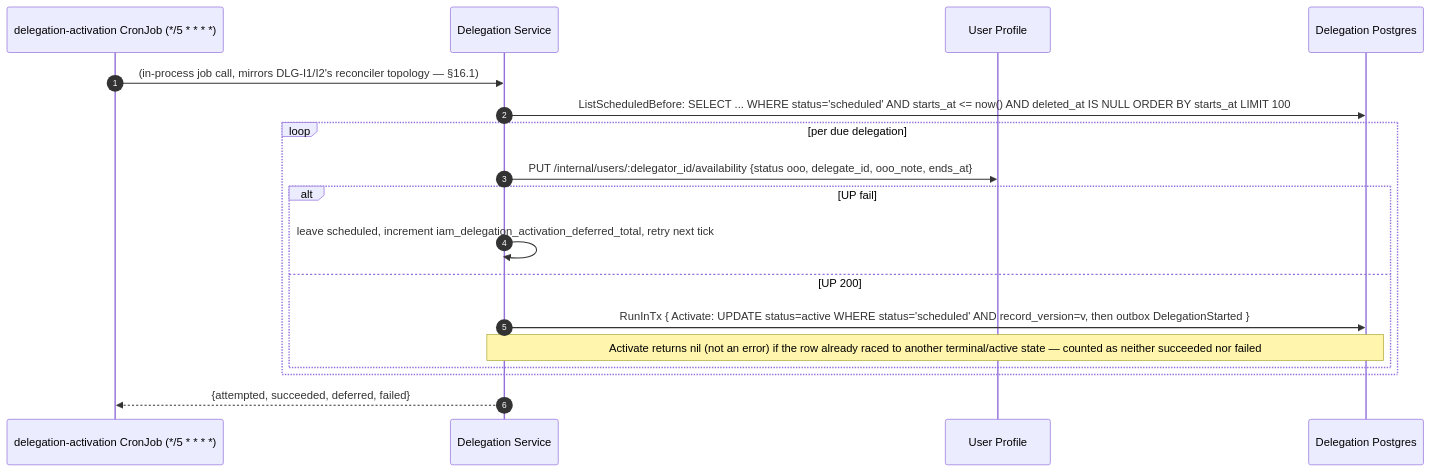
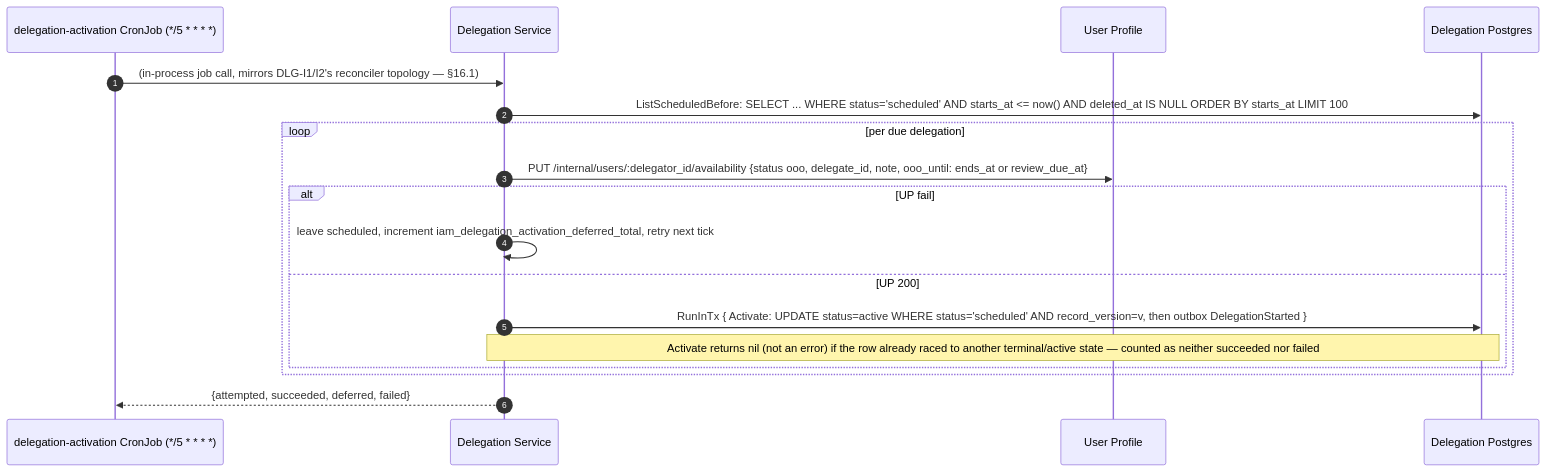
One commit to BCBP-SOLUTIONS-FZC-LLC/iam-delegation changed the fourth of 10 diagrams in docs/lld/iam-lld-delegation-service.md. Above: the diagram before and after it, drawn with Mermaid. The commit also changed other lines of this file and 48 other files, not shown here.

````diff
--- a/docs/lld/iam-lld-delegation-service.md
+++ b/docs/lld/iam-lld-delegation-service.md
@@ -914,21 +921,21 @@
 ```mermaid
 sequenceDiagram
     autonumber
     participant CR as delegation-activation CronJob (*/5 * * * *)
     participant DLG as Delegation Service
     participant UP as User Profile
     participant PG as Delegation Postgres
 
     CR->>DLG: (in-process job call, mirrors DLG-I1/I2's reconciler topology — §16.1)
     DLG->>PG: ListScheduledBefore: SELECT ... WHERE status='scheduled' AND starts_at <= now() AND deleted_at IS NULL ORDER BY starts_at LIMIT 100
     loop per due delegation
-        DLG->>UP: PUT /internal/users/:delegator_id/availability {status ooo, delegate_id, ooo_note, ends_at}
+        DLG->>UP: PUT /internal/users/:delegator_id/availability {status ooo, delegate_id, note, ooo_until: ends_at or review_due_at}
         alt UP fail
             DLG->>DLG: leave scheduled, increment iam_delegation_activation_deferred_total, retry next tick
         else UP 200
             DLG->>PG: RunInTx { Activate: UPDATE status=active WHERE status='scheduled' AND record_version=v, then outbox DelegationStarted }
             Note over DLG,PG: Activate returns nil (not an error) if the row already raced to another terminal/active state — counted as neither succeeded nor failed
         end
     end
     DLG-->>CR: {attempted, succeeded, deferred, failed}
 ```
````
